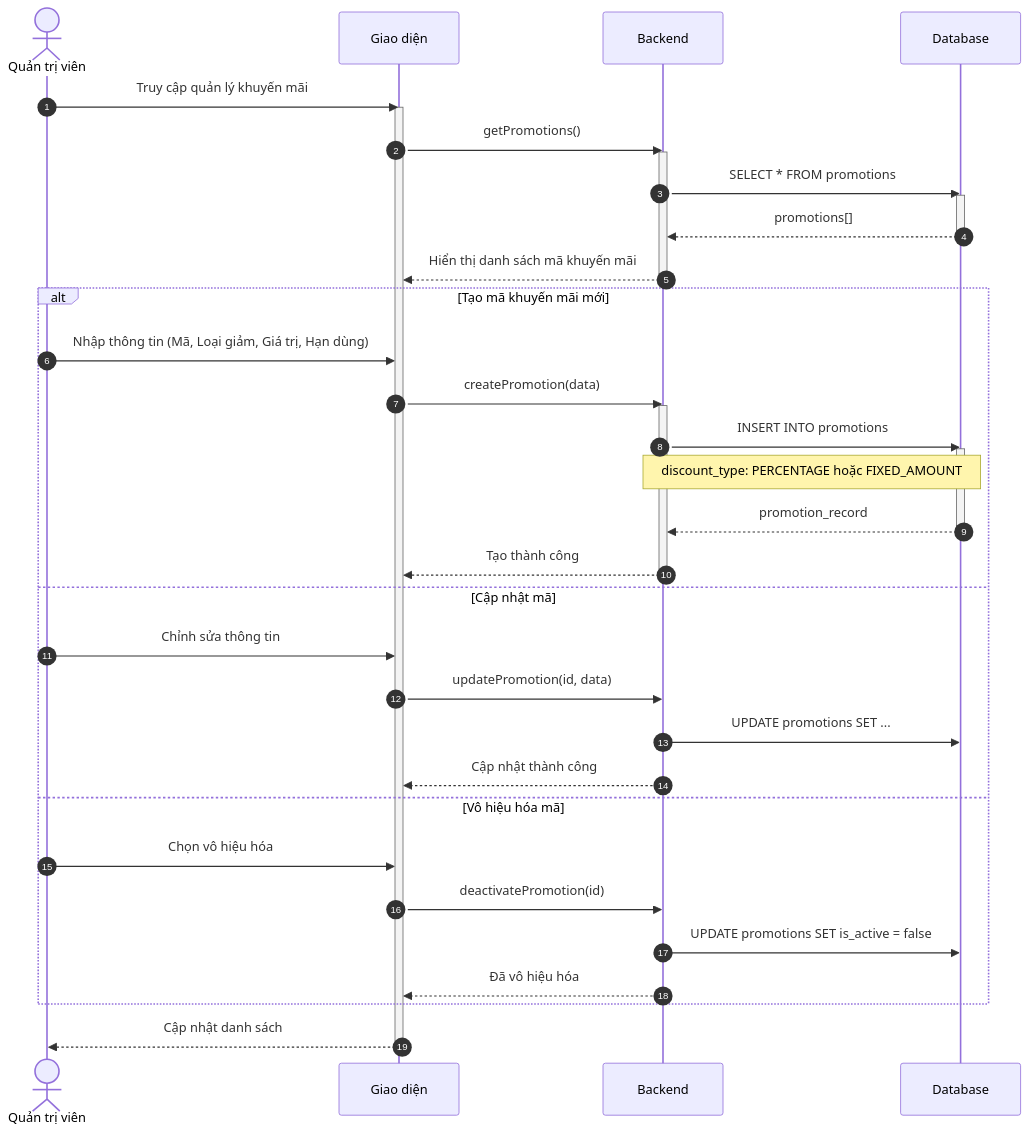
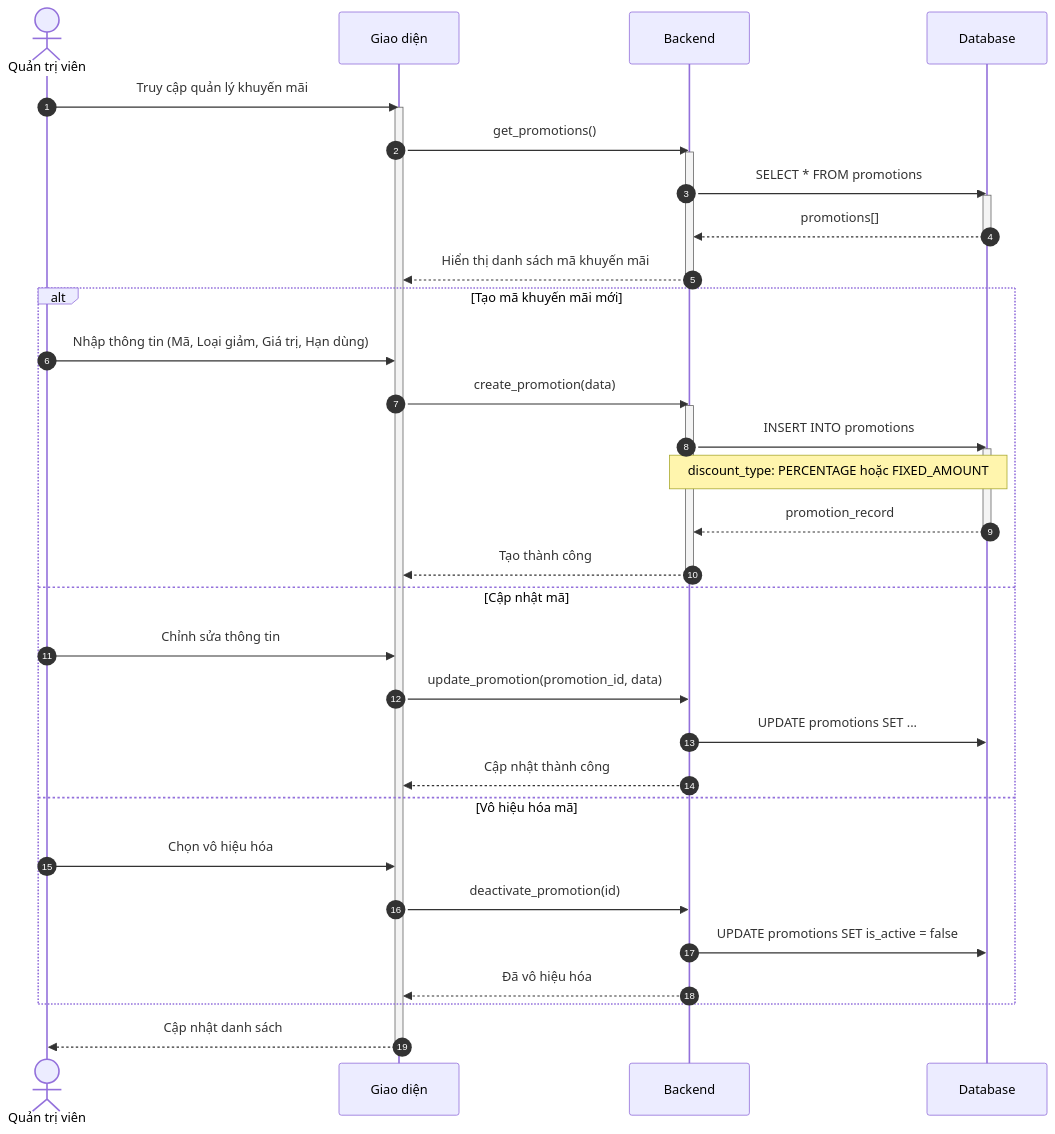
Before and after one commit to ngoctinn/Synapse: the tenth of 11 diagrams in docs/design/sequences/admin_flows.md, drawn with Mermaid. The commit also changed other lines of this file and 7 other files, not shown here.

Commit message:
docs: Add initial design documentation for system flows, use cases, and data specification.

````diff
--- a/docs/design/sequences/admin_flows.md
+++ b/docs/design/sequences/admin_flows.md
@@ -448,47 +432,47 @@
 ```mermaid
 sequenceDiagram
     autonumber
     actor QTV as Quản trị viên
     participant UI as Giao diện
     participant BE as Backend
     participant DB as Database
 
     QTV->>UI: Truy cập quản lý khuyến mãi
     activate UI
-    UI->>BE: getPromotions()
+    UI->>BE: get_promotions()
     activate BE
 
     BE->>DB: SELECT * FROM promotions
     activate DB
     DB-->>BE: promotions[]
     deactivate DB
 
     BE-->>UI: Hiển thị danh sách mã khuyến mãi
     deactivate BE
 
     alt Tạo mã khuyến mãi mới
         QTV->>UI: Nhập thông tin (Mã, Loại giảm, Giá trị, Hạn dùng)
-        UI->>BE: createPromotion(data)
+        UI->>BE: create_promotion(data)
         activate BE
         BE->>DB: INSERT INTO promotions
         activate DB
         Note over BE,DB: discount_type: PERCENTAGE hoặc FIXED_AMOUNT
         DB-->>BE: promotion_record
         deactivate DB
         BE-->>UI: Tạo thành công
         deactivate BE
     else Cập nhật mã
         QTV->>UI: Chỉnh sửa thông tin
-        UI->>BE: updatePromotion(id, data)
+        UI->>BE: update_promotion(promotion_id, data)
         BE->>DB: UPDATE promotions SET ...
         BE-->>UI: Cập nhật thành công
     else Vô hiệu hóa mã
         QTV->>UI: Chọn vô hiệu hóa
-        UI->>BE: deactivatePromotion(id)
+        UI->>BE: deactivate_promotion(id)
         BE->>DB: UPDATE promotions SET is_active = false
         BE-->>UI: Đã vô hiệu hóa
     end
 
     UI-->>QTV: Cập nhật danh sách
     deactivate UI
 ```
````
